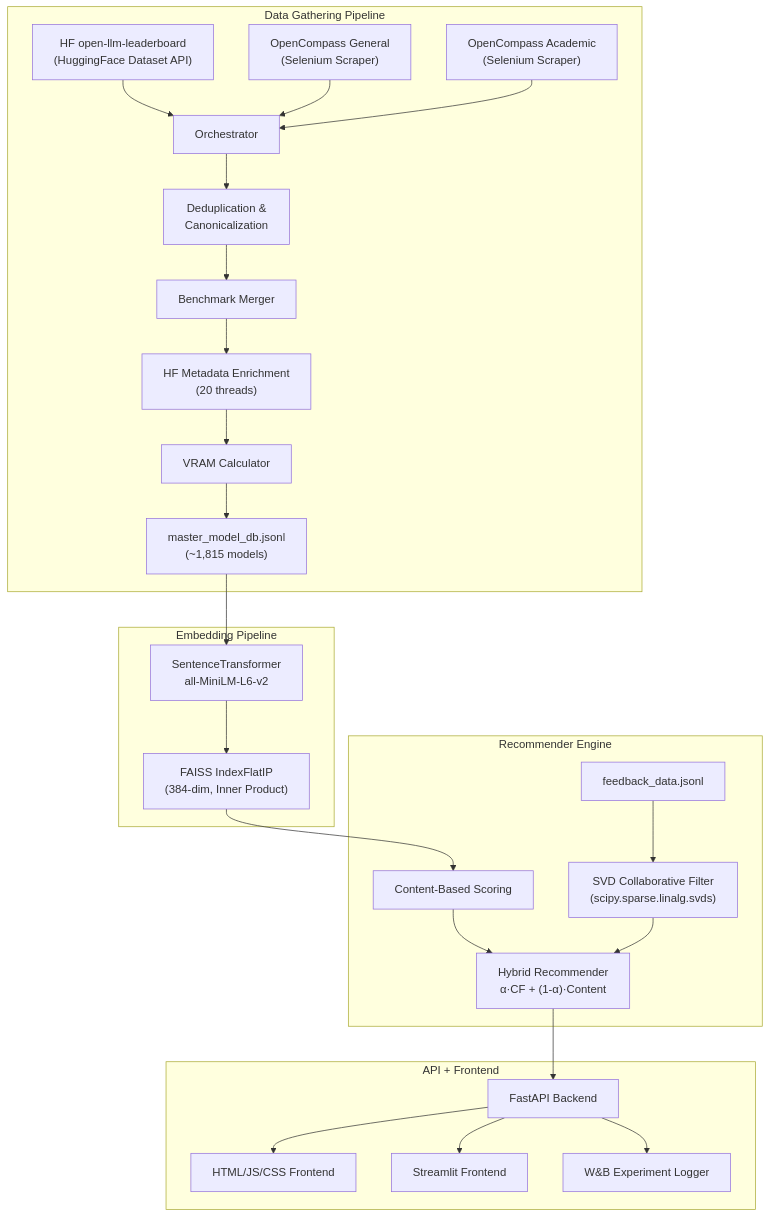
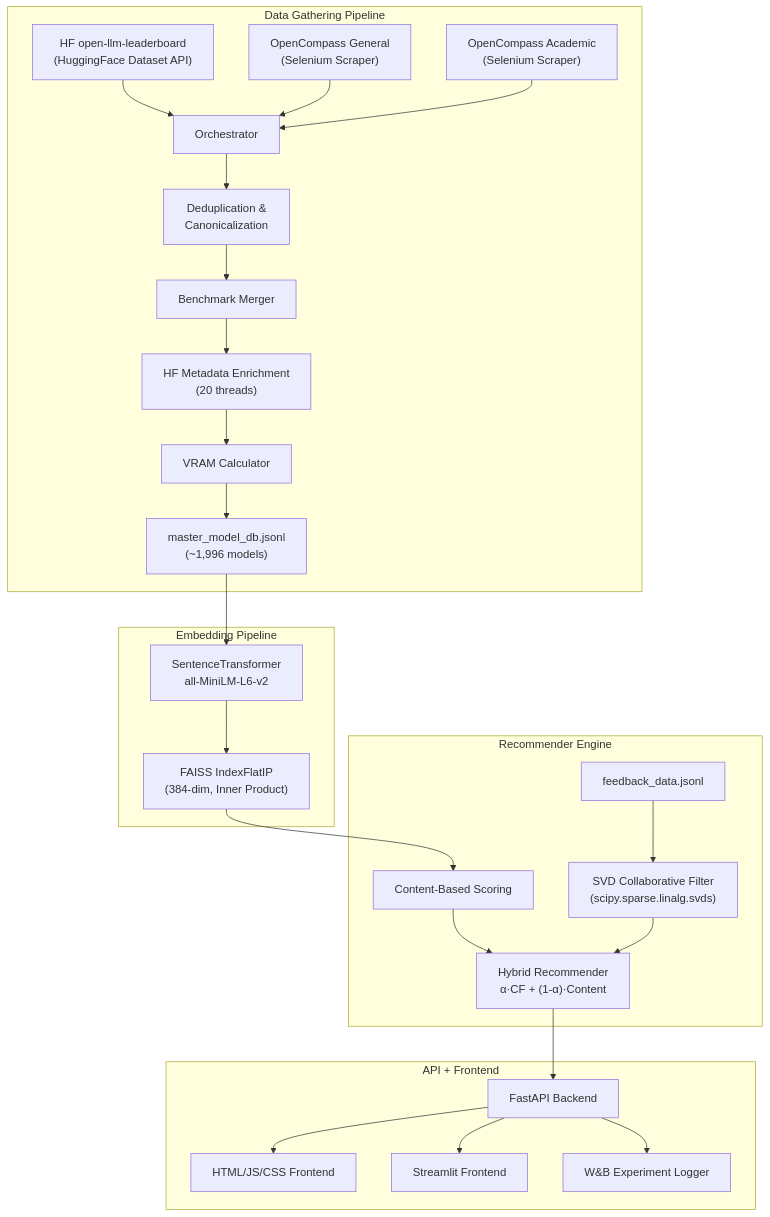
The diagram in walkthrough.md (RamezCh/Private-Cluster-LLM-Recommender), drawn with Mermaid before and after one commit. The commit also changed other lines of this file and 11 other files, not shown here.

````diff
--- a/walkthrough.md
+++ b/walkthrough.md
@@ -27,32 +29,32 @@
 ```mermaid
 graph TB
     subgraph "Data Gathering Pipeline"
         A["HF open-llm-leaderboard<br/>(HuggingFace Dataset API)"] --> D[Orchestrator]
         B["OpenCompass General<br/>(Selenium Scraper)"] --> D
         C["OpenCompass Academic<br/>(Selenium Scraper)"] --> D
         D --> E["Deduplication &<br/>Canonicalization"]
         E --> F["Benchmark Merger"]
         F --> G["HF Metadata Enrichment<br/>(20 threads)"]
         G --> H["VRAM Calculator"]
-        H --> I["master_model_db.jsonl<br/>(~1,815 models)"]
+        H --> I["master_model_db.jsonl<br/>(~1,996 models)"]
     end
 
     subgraph "Embedding Pipeline"
         I --> J["SentenceTransformer<br/>all-MiniLM-L6-v2"]
         J --> K["FAISS IndexFlatIP<br/>(384-dim, Inner Product)"]
     end
 
     subgraph "Recommender Engine"
         K --> L["Content-Based Scoring"]
         M["feedback_data.jsonl"] --> N["SVD Collaborative Filter<br/>(scipy.sparse.linalg.svds)"]
         L --> O["Hybrid Recommender<br/>α·CF + (1-α)·Content"]
         N --> O
     end
 
     subgraph "API + Frontend"
         O --> P["FastAPI Backend"]
         P --> Q["HTML/JS/CSS Frontend"]
         P --> R["Streamlit Frontend"]
         P --> S["W&B Experiment Logger"]
     end
 ```
````
